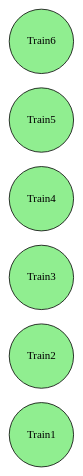
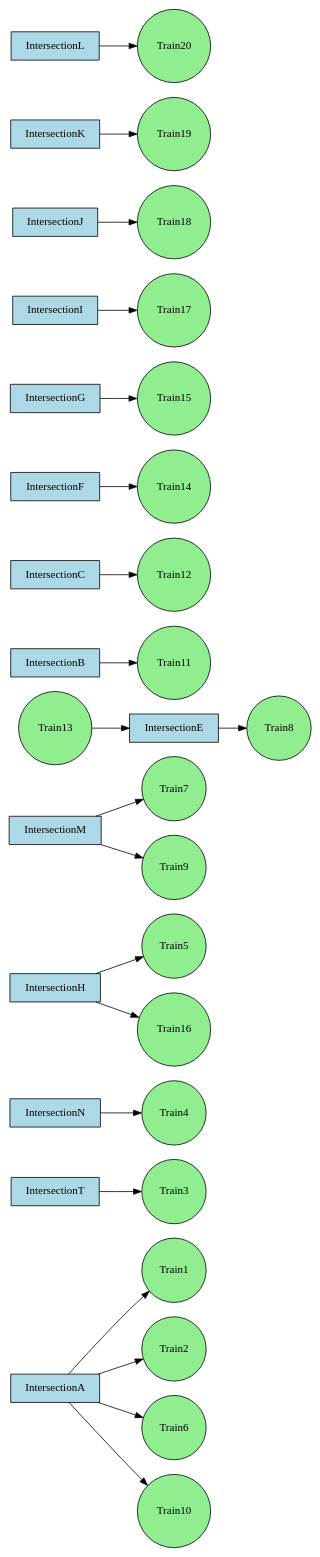
Before and after one commit to Epsilon157/Group-D: the diagram in rag.dot, drawn with Graphviz. The commit also changed 6 other files, not shown here.

```diff
--- a/rag.dot
+++ b/rag.dot
@@ -1,10 +1,44 @@
 digraph RAG {
   rankdir=LR;
   node [shape=rectangle, style=filled, fillcolor=lightblue];
   "Train1" [shape=circle, fillcolor=lightgreen];
+  "IntersectionA" -> "Train1";
   "Train2" [shape=circle, fillcolor=lightgreen];
+  "IntersectionA" -> "Train2";
   "Train3" [shape=circle, fillcolor=lightgreen];
+  "IntersectionT" -> "Train3";
   "Train4" [shape=circle, fillcolor=lightgreen];
+  "IntersectionN" -> "Train4";
   "Train5" [shape=circle, fillcolor=lightgreen];
+  "IntersectionH" -> "Train5";
   "Train6" [shape=circle, fillcolor=lightgreen];
+  "IntersectionA" -> "Train6";
+  "Train7" [shape=circle, fillcolor=lightgreen];
+  "IntersectionM" -> "Train7";
+  "Train8" [shape=circle, fillcolor=lightgreen];
+  "IntersectionE" -> "Train8";
+  "Train9" [shape=circle, fillcolor=lightgreen];
+  "IntersectionM" -> "Train9";
+  "Train10" [shape=circle, fillcolor=lightgreen];
+  "IntersectionA" -> "Train10";
+  "Train11" [shape=circle, fillcolor=lightgreen];
+  "IntersectionB" -> "Train11";
+  "Train12" [shape=circle, fillcolor=lightgreen];
+  "IntersectionC" -> "Train12";
+  "Train13" [shape=circle, fillcolor=lightgreen];
+  "Train13" -> "IntersectionE";
+  "Train14" [shape=circle, fillcolor=lightgreen];
+  "IntersectionF" -> "Train14";
+  "Train15" [shape=circle, fillcolor=lightgreen];
+  "IntersectionG" -> "Train15";
+  "Train16" [shape=circle, fillcolor=lightgreen];
+  "IntersectionH" -> "Train16";
+  "Train17" [shape=circle, fillcolor=lightgreen];
+  "IntersectionI" -> "Train17";
+  "Train18" [shape=circle, fillcolor=lightgreen];
+  "IntersectionJ" -> "Train18";
+  "Train19" [shape=circle, fillcolor=lightgreen];
+  "IntersectionK" -> "Train19";
+  "Train20" [shape=circle, fillcolor=lightgreen];
+  "IntersectionL" -> "Train20";
 }
```
